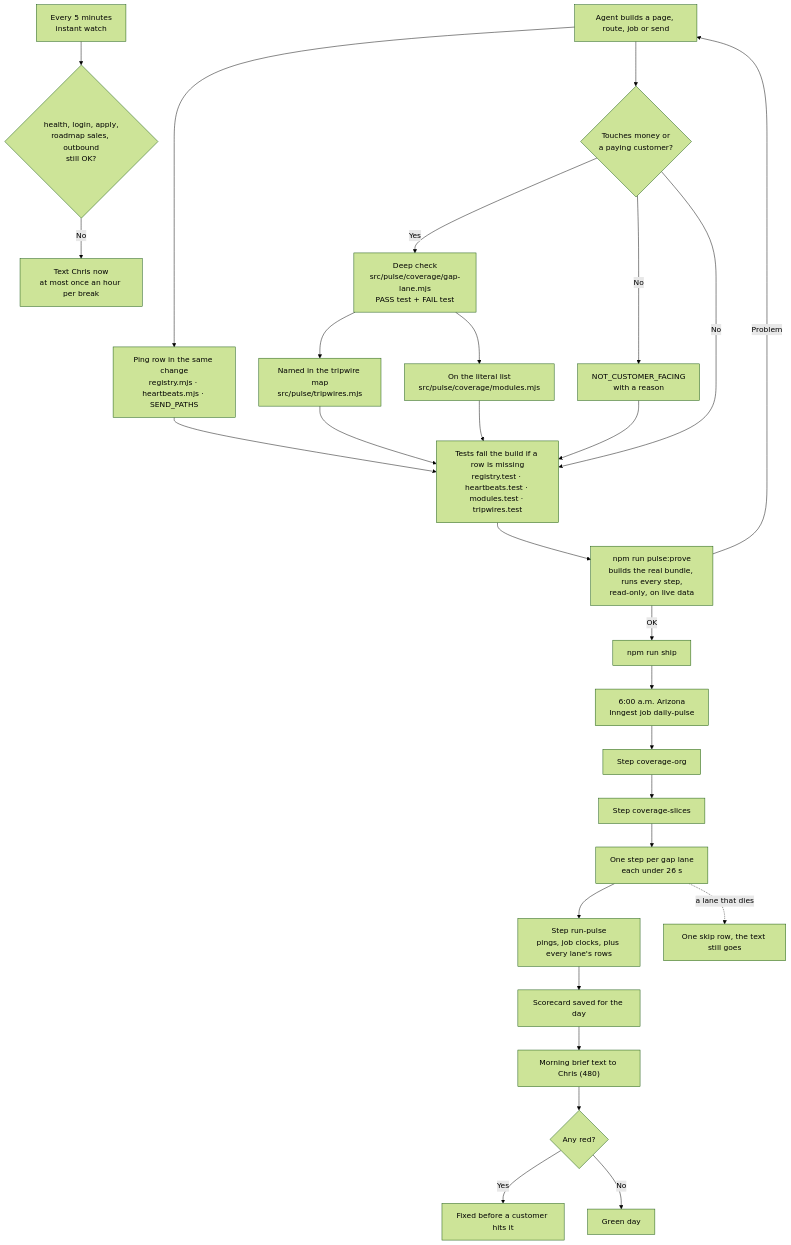
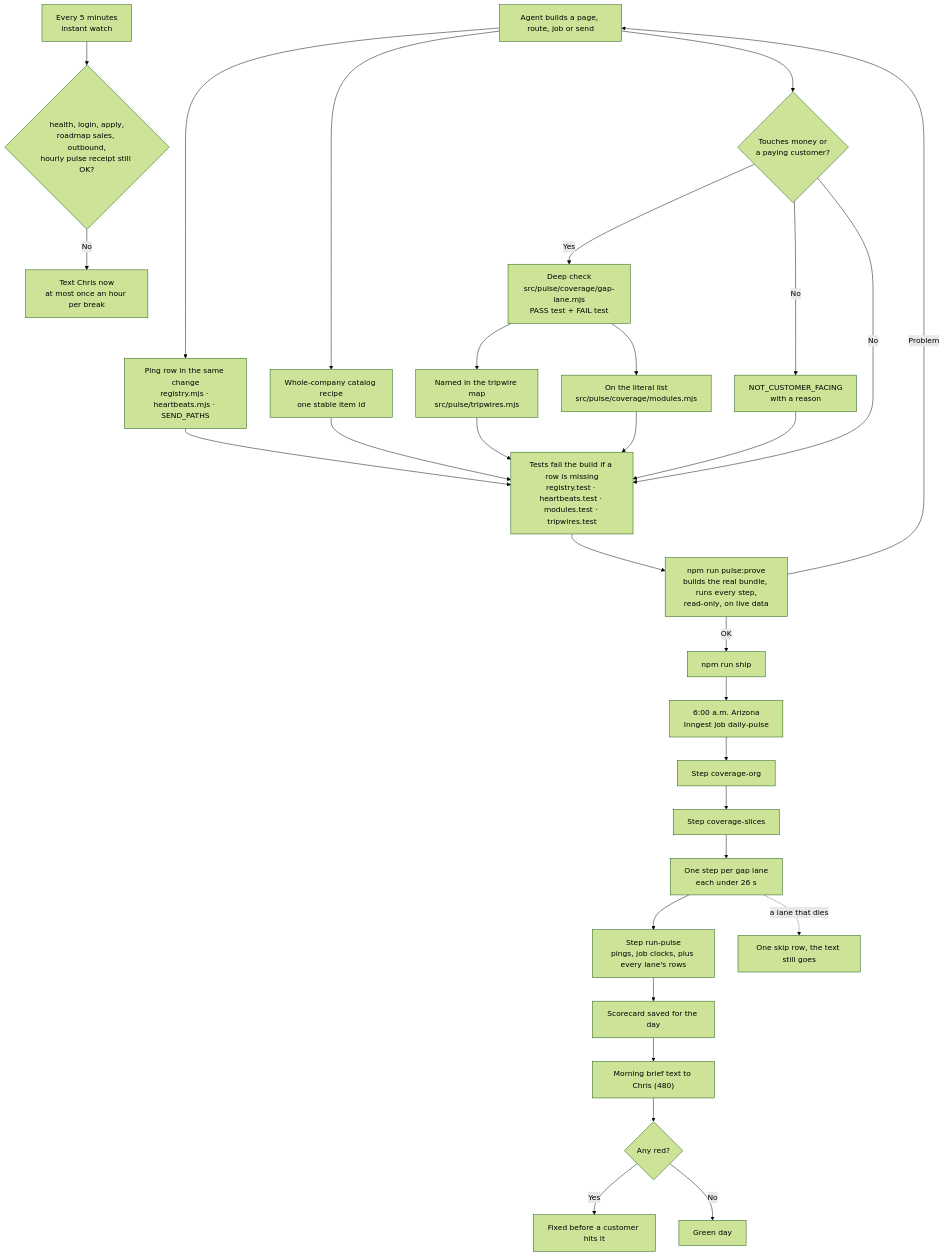
The first of 5 diagrams in docs/journeys/heartbeat-flow.md (ZootimusMaximusSupreme/fundhub-platform), drawn with Mermaid (forest theme) before and after one commit. The commit also changed other lines of this file and 22 other files, not shown here.

Commit message:
build whole-company pulse catalog

````diff
--- a/docs/journeys/heartbeat-flow.md
+++ b/docs/journeys/heartbeat-flow.md
@@ -30,33 +36,35 @@
 ```mermaid
 flowchart TD
     BUILD["Agent builds a page, route, job or send"] --> PING["Ping row in the same change<br/>registry.mjs · heartbeats.mjs · SEND_PATHS"]
+    BUILD --> CATALOG["Whole-company catalog recipe<br/>one stable item id"]
     BUILD --> MONEY{"Touches money or<br/>a paying customer?"}
     MONEY -->|Yes| DEEP["Deep check<br/>src/pulse/coverage/gap-lane.mjs<br/>PASS test + FAIL test"]
     DEEP --> MAP["Named in the tripwire map<br/>src/pulse/tripwires.mjs"]
     MONEY -->|No| NCF["NOT_CUSTOMER_FACING<br/>with a reason"]
     MAP --> TESTS
     NCF --> TESTS
     MONEY -->|No| TESTS
     DEEP --> LIST["On the literal list<br/>src/pulse/coverage/modules.mjs"]
     PING --> TESTS["Tests fail the build if a row is missing<br/>registry.test · heartbeats.test · modules.test · tripwires.test"]
+    CATALOG --> TESTS
     LIST --> TESTS
     TESTS --> PROVE["npm run pulse:prove<br/>builds the real bundle, runs every step,<br/>read-only, on live data"]
     PROVE -->|OK| SHIP["npm run ship"]
     PROVE -->|Problem| BUILD
 
     SHIP --> SIX["6:00 a.m. Arizona<br/>Inngest job daily-pulse"]
     SIX --> ORG["Step coverage-org"]
     ORG --> SLICES["Step coverage-slices"]
     SLICES --> LANES["One step per gap lane<br/>each under 26 s"]
     LANES --> RUN["Step run-pulse<br/>pings, job clocks, plus every lane's rows"]
     RUN --> CARD["Scorecard saved for the day"]
     CARD --> TEXT["Morning brief text to Chris (480)"]
     TEXT --> RED{"Any red?"}
     RED -->|Yes| FIX["Fixed before a customer hits it"]
     RED -->|No| GREEN["Green day"]
 
     LANES -.->|a lane that dies| SKIP["One skip row, the text still goes"]
 
-    FIVE["Every 5 minutes<br/>instant watch"] --> CRIT{"health, login, apply,<br/>roadmap sales, outbound<br/>still OK?"}
+    FIVE["Every 5 minutes<br/>instant watch"] --> CRIT{"health, login, apply,<br/>roadmap sales, outbound,<br/>hourly pulse receipt still OK?"}
     CRIT -->|No| NOW["Text Chris now<br/>at most once an hour per break"]
 ```
````
